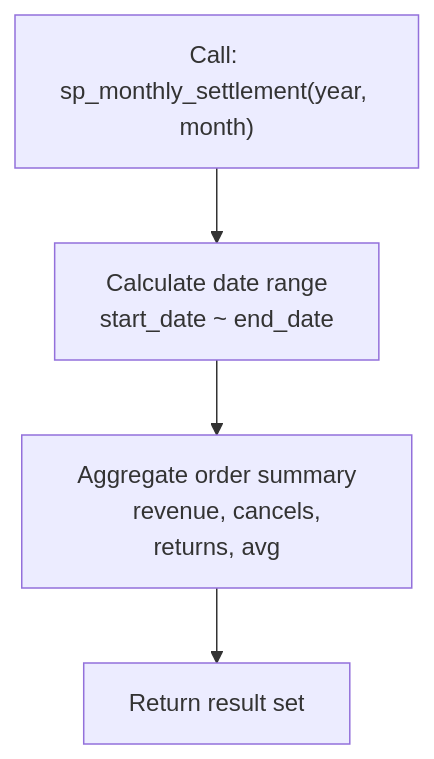
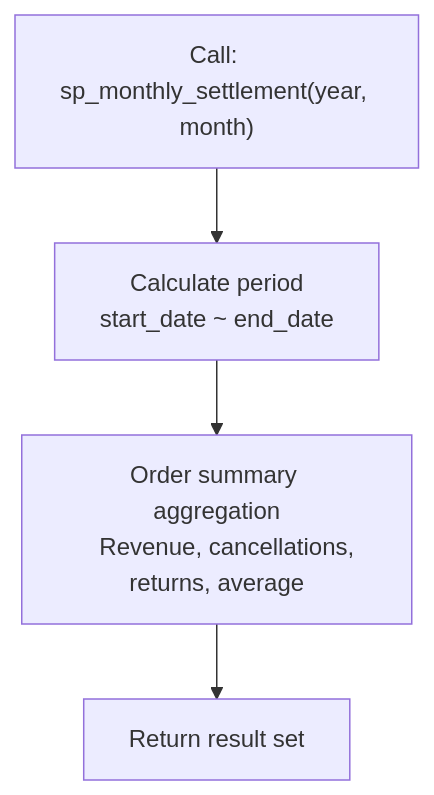
One commit to civilian7/sql-tutorial changed the third of 15 diagrams in docs/en/schema/procedures.md. Above: the diagram before and after it, drawn with Mermaid. The commit also changed other lines of this file and 121 other files, not shown here.

````diff
--- a/docs/en/schema/procedures.md
+++ b/docs/en/schema/procedures.md
@@ -322,8 +337,8 @@
 ```mermaid
 flowchart TD
-    A["Call: sp_monthly_settlement(year, month)"] --> B["Calculate date range
+    A["Call: sp_monthly_settlement(year, month)"] --> B["Calculate period
     start_date ~ end_date"]
-    B --> C["Aggregate order summary
-    revenue, cancels, returns, avg"]
+    B --> C["Order summary aggregation
+    Revenue, cancellations, returns, average"]
     C --> D["Return result set"]
 ```
````
